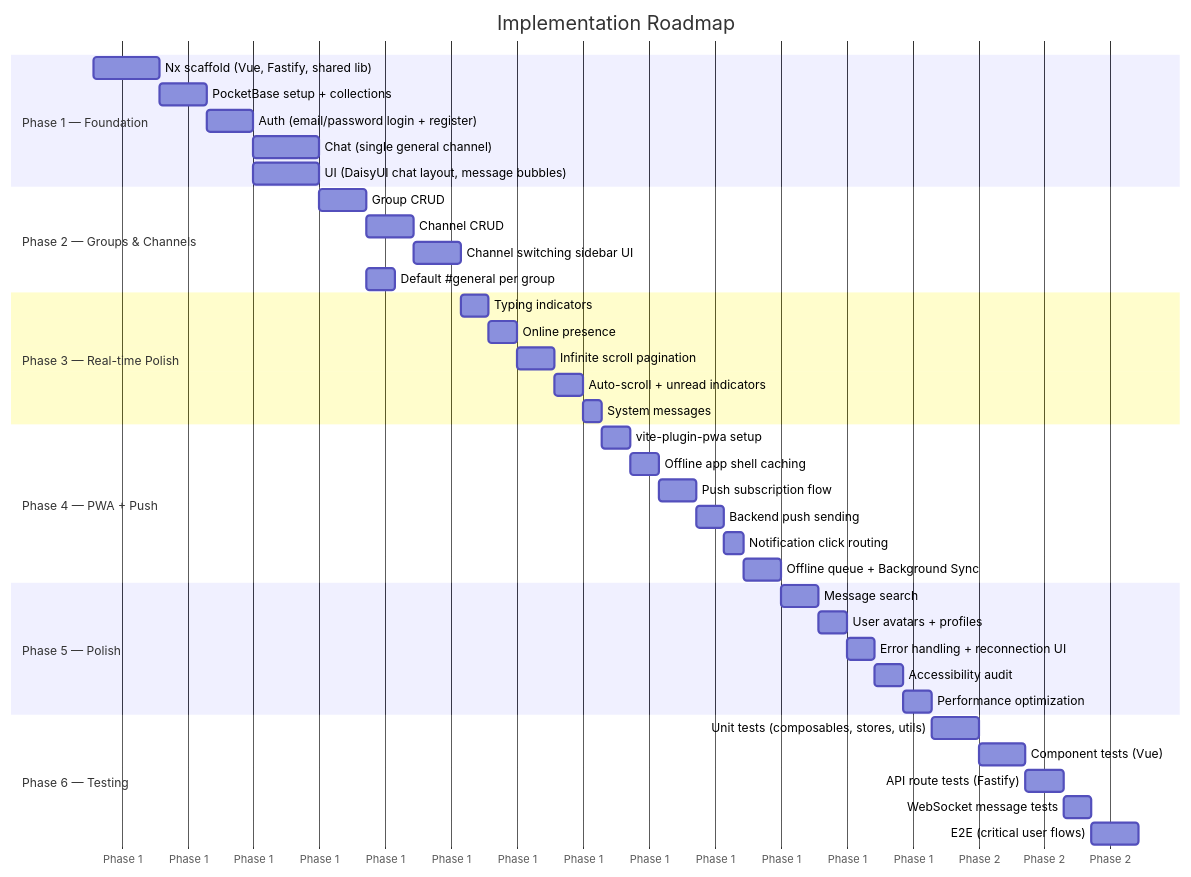
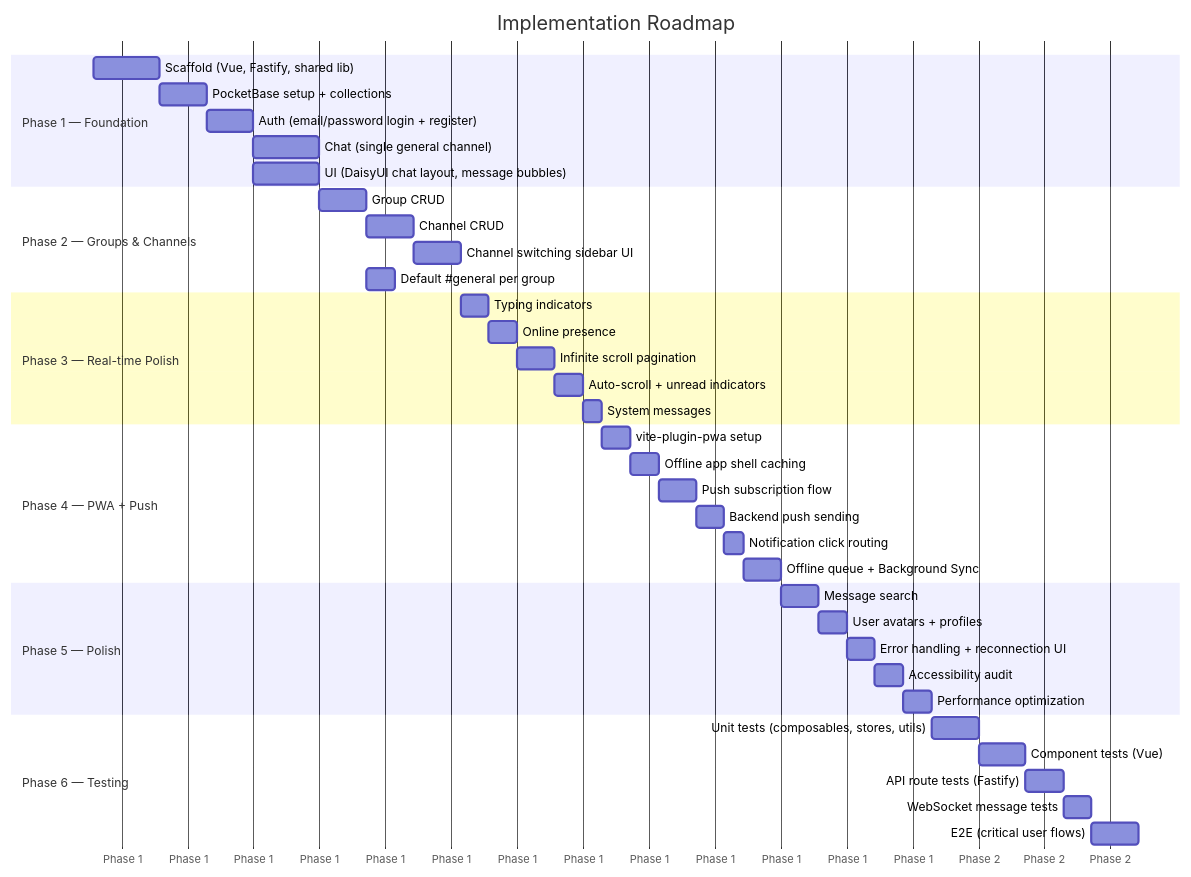
One commit to davidjonesibm/chat changed the sixth of 7 diagrams in docs/ARCHITECTURE.md. Above: the diagram before and after it, drawn with Mermaid. The commit also changed other lines of this file and 58 other files, not shown here.

````diff
--- a/docs/ARCHITECTURE.md
+++ b/docs/ARCHITECTURE.md
@@ -543,48 +543,48 @@
 ```mermaid
 gantt
     title Implementation Roadmap
     dateFormat  YYYY-MM-DD
     axisFormat  Phase %q
 
     section Phase 1 — Foundation
-    Nx scaffold (Vue, Fastify, shared lib)     :p1a, 2026-01-01, 7d
+    Scaffold (Vue, Fastify, shared lib)         :p1a, 2026-01-01, 7d
     PocketBase setup + collections             :p1b, after p1a, 5d
     Auth (email/password login + register)     :p1c, after p1b, 5d
     Chat (single general channel)              :p1d, after p1c, 7d
     UI (DaisyUI chat layout, message bubbles)  :p1e, after p1c, 7d
 
     section Phase 2 — Groups & Channels
     Group CRUD                                 :p2a, after p1e, 5d
     Channel CRUD                               :p2b, after p2a, 5d
     Channel switching sidebar UI               :p2c, after p2b, 5d
     Default #general per group                 :p2d, after p2a, 3d
 
     section Phase 3 — Real-time Polish
     Typing indicators                          :p3a, after p2c, 3d
     Online presence                            :p3b, after p3a, 3d
     Infinite scroll pagination                 :p3c, after p3b, 4d
     Auto-scroll + unread indicators            :p3d, after p3c, 3d
     System messages                            :p3e, after p3d, 2d
 
     section Phase 4 — PWA + Push
     vite-plugin-pwa setup                      :p4a, after p3e, 3d
     Offline app shell caching                  :p4b, after p4a, 3d
     Push subscription flow                     :p4c, after p4b, 4d
     Backend push sending                       :p4d, after p4c, 3d
     Notification click routing                 :p4e, after p4d, 2d
     Offline queue + Background Sync            :p4f, after p4e, 4d
 
     section Phase 5 — Polish
     Message search                             :p5a, after p4f, 4d
     User avatars + profiles                    :p5b, after p5a, 3d
     Error handling + reconnection UI           :p5c, after p5b, 3d
     Accessibility audit                        :p5d, after p5c, 3d
     Performance optimization                   :p5e, after p5d, 3d
 
     section Phase 6 — Testing
     Unit tests (composables, stores, utils)    :p6a, after p5e, 5d
     Component tests (Vue)                      :p6b, after p6a, 5d
     API route tests (Fastify)                  :p6c, after p6b, 4d
     WebSocket message tests                     :p6d, after p6c, 3d
     E2E (critical user flows)                  :p6e, after p6d, 5d
 ```
````
